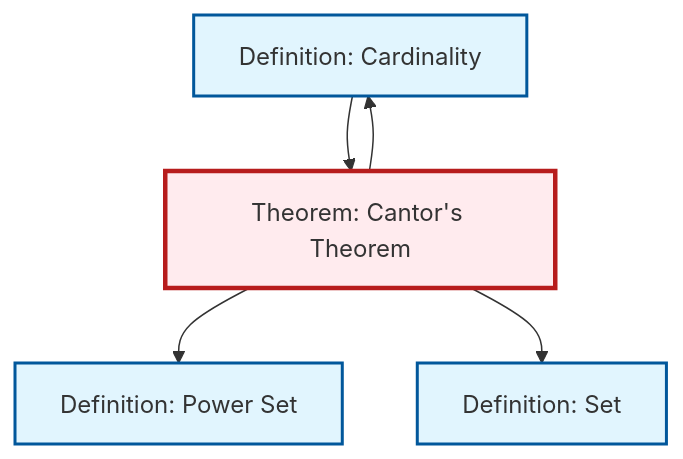
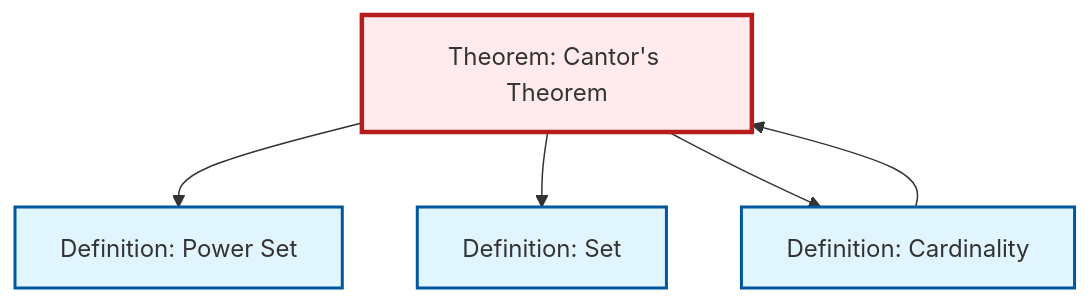
Before and after one commit to RK0429/ModernMath: the second of 2 diagrams in content/ja/logic-set-theory/thm-cantor.qmd, drawn with Mermaid. The commit also changed other lines of this file and 634 other files, not shown here.

````diff
--- a/content/ja/logic-set-theory/thm-cantor.qmd
+++ b/content/ja/logic-set-theory/thm-cantor.qmd
@@ -72,21 +72,21 @@
 ```{mermaid}
 %%| fig-cap: "Local dependency graph"
 graph TD
     classDef definition fill:#e1f5fe,stroke:#01579b,stroke-width:2px
     classDef theorem fill:#f3e5f5,stroke:#4a148c,stroke-width:2px
     classDef axiom fill:#fff3e0,stroke:#e65100,stroke-width:2px
     classDef example fill:#e8f5e9,stroke:#1b5e20,stroke-width:2px
     classDef current fill:#ffebee,stroke:#b71c1c,stroke-width:3px
-    def-cardinality["Definition: Cardinality"]:::definition
     thm-cantor["Theorem: Cantor's Theorem"]:::theorem
     def-power-set["Definition: Power Set"]:::definition
+    def-cardinality["Definition: Cardinality"]:::definition
     def-set["Definition: Set"]:::definition
+    thm-cantor --> def-power-set
+    thm-cantor --> def-set
     thm-cantor --> def-cardinality
-    thm-cantor --> def-power-set
     def-cardinality --> thm-cantor
-    thm-cantor --> def-set
     class thm-cantor current
+    click def-power-set "def-power-set.html" "Definition: Power Setへ"
     click def-cardinality "def-cardinality.html" "Definition: Cardinalityへ"
-    click def-power-set "def-power-set.html" "Definition: Power Setへ"
     click def-set "def-set.html" "Definition: Setへ"
 ```
````
